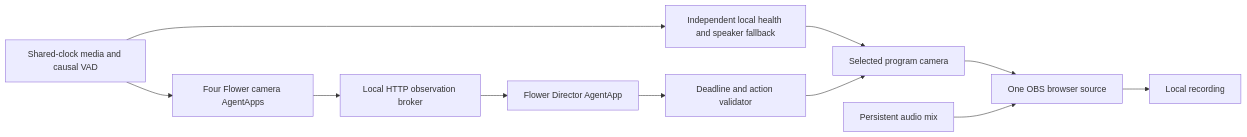
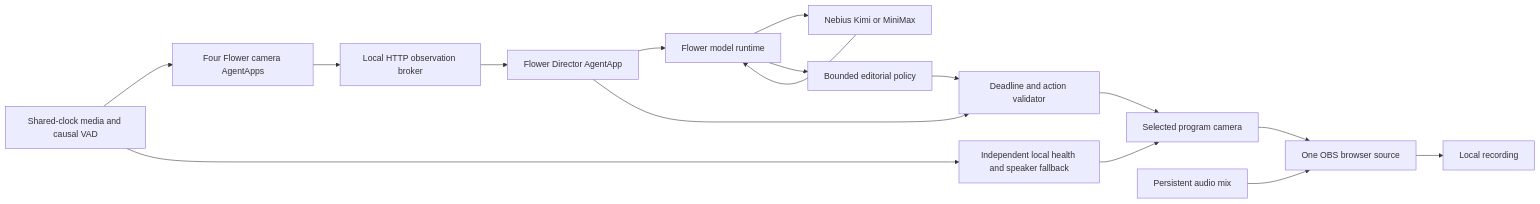
One commit to thesid42/Noesis changed the diagram in README.md. Above: the diagram before and after it, drawn with Mermaid. The commit also changed other lines of this file and 20 other files, not shown here.

Commit message:
Integrate Nebius model profiles through Flower editorial policies

````diff
--- a/README.md
+++ b/README.md
@@ -45,13 +55,18 @@
 ```mermaid
 flowchart LR
   M[Shared-clock media and causal VAD] --> C[Four Flower camera AgentApps]
   C --> B[Local HTTP observation broker]
   B --> D[Flower Director AgentApp]
+  D --> F[Flower model runtime]
+  F --> N[Nebius Kimi or MiniMax]
+  N --> F
+  F --> E[Bounded editorial policy]
+  E --> V
   D --> V[Deadline and action validator]
   M --> H[Independent local health and speaker fallback]
   H --> P[Selected program camera]
   V --> P
   P --> O[One OBS browser source]
   A[Persistent audio mix] --> O
   O --> R[Local recording]
 ```
````
